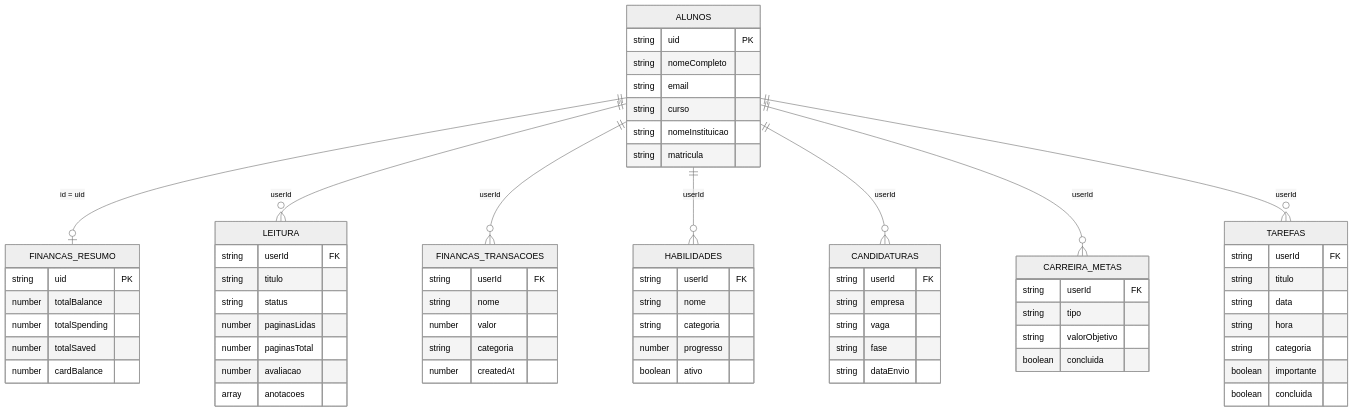
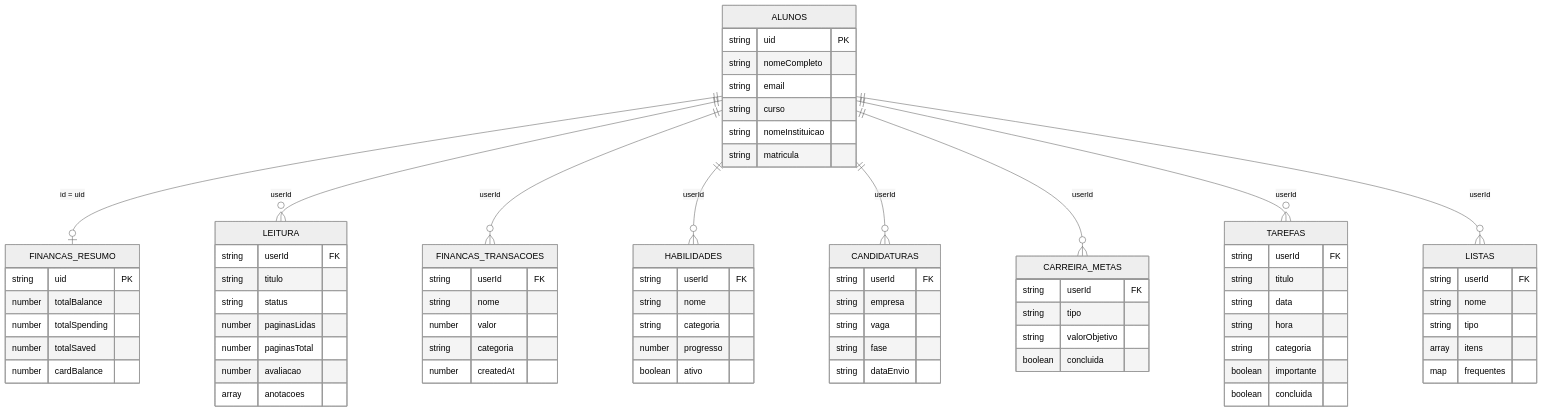
The third of 4 diagrams in README.md (DanielWallans/learnhub2.0), drawn with Mermaid (neutral theme) before and after one commit. The commit also changed other lines of this file and 7 other files, not shown here.

````diff
--- a/README.md
+++ b/README.md
@@ -241,71 +243,79 @@
 ```mermaid
 erDiagram
     ALUNOS ||--o| FINANCAS_RESUMO : "id = uid"
     ALUNOS ||--o{ LEITURA : userId
     ALUNOS ||--o{ FINANCAS_TRANSACOES : userId
     ALUNOS ||--o{ HABILIDADES : userId
     ALUNOS ||--o{ CANDIDATURAS : userId
     ALUNOS ||--o{ CARREIRA_METAS : userId
     ALUNOS ||--o{ TAREFAS : userId
+    ALUNOS ||--o{ LISTAS : userId
 
     ALUNOS {
         string uid PK
         string nomeCompleto
         string email
         string curso
         string nomeInstituicao
         string matricula
     }
     FINANCAS_RESUMO {
         string uid PK
         number totalBalance
         number totalSpending
         number totalSaved
         number cardBalance
     }
     LEITURA {
         string userId FK
         string titulo
         string status
         number paginasLidas
         number paginasTotal
         number avaliacao
         array anotacoes
     }
     FINANCAS_TRANSACOES {
         string userId FK
         string nome
         number valor
         string categoria
         number createdAt
     }
     HABILIDADES {
         string userId FK
         string nome
         string categoria
         number progresso
         boolean ativo
     }
     CANDIDATURAS {
         string userId FK
         string empresa
         string vaga
         string fase
         string dataEnvio
     }
     TAREFAS {
         string userId FK
         string titulo
         string data
         string hora
         string categoria
         boolean importante
         boolean concluida
     }
+    LISTAS {
+        string userId FK
+        string nome
+        string tipo
+        array itens
+        map frequentes
+    }
     CARREIRA_METAS {
         string userId FK
         string tipo
         string valorObjetivo
         boolean concluida
     }
 ```
````
